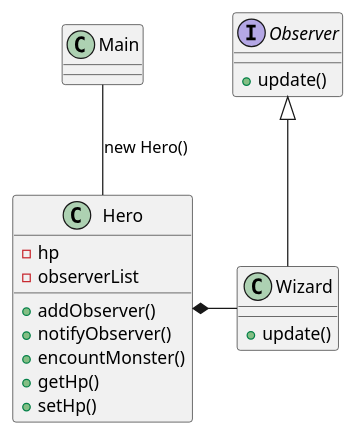
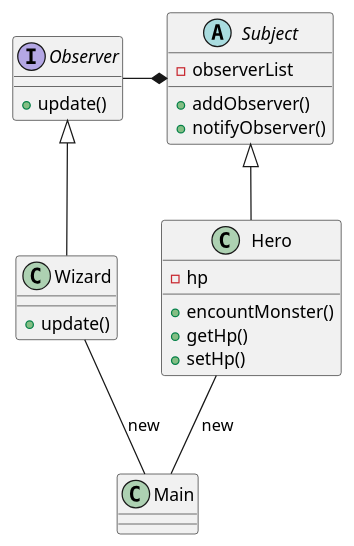
The diagram in observer_pattern.pu (yomura7/ObserverSample), drawn with PlantUML before and after one commit. The commit also changed 5 other files, not shown here.

```diff
--- a/observer_pattern.pu
+++ b/observer_pattern.pu
@@ -1,28 +1,34 @@
 @startuml
 
 class Hero {
   - hp
-  - observerList
-  + addObserver()
-  + notifyObserver()
   + encountMonster()
   + getHp()
   + setHp()
 }
 
 class Wizard {
   + update()
 }
 
+abstract class Subject {
+  - observerList
+  + addObserver()
+  + notifyObserver()
+}
+
 interface Observer {
   + update()
 }
 
 class Main {
 }
 
-Main -- Hero : new Hero()
-Hero *- Wizard
 Observer <|-- Wizard
+Subject <|-- Hero
+Observer -* Subject
+
+Wizard -- Main : new
+Hero -- Main : new
 
 @enduml
```
